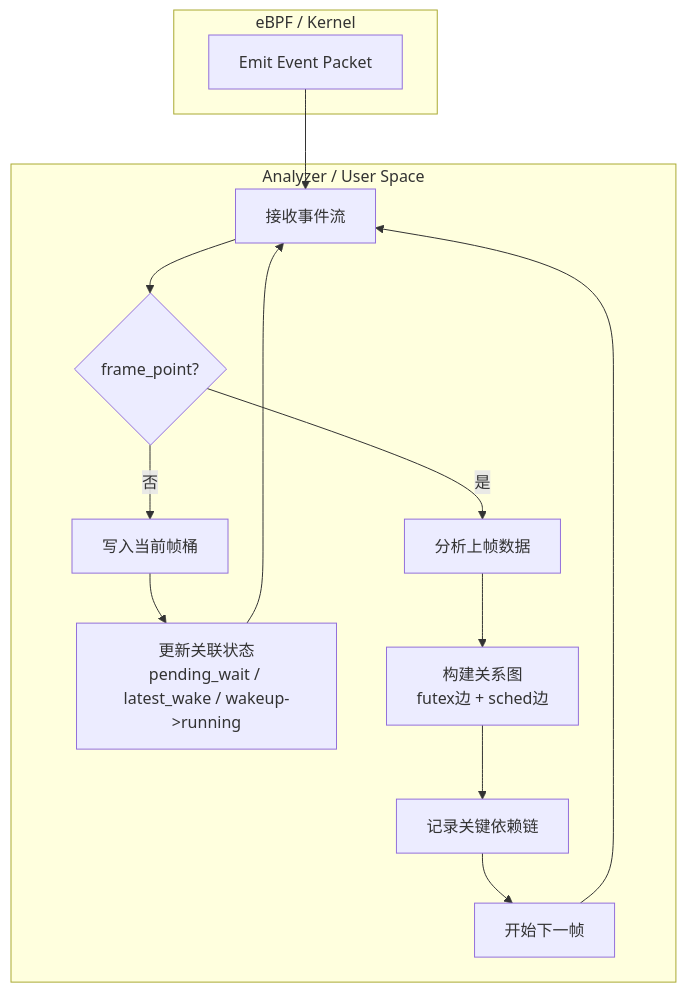
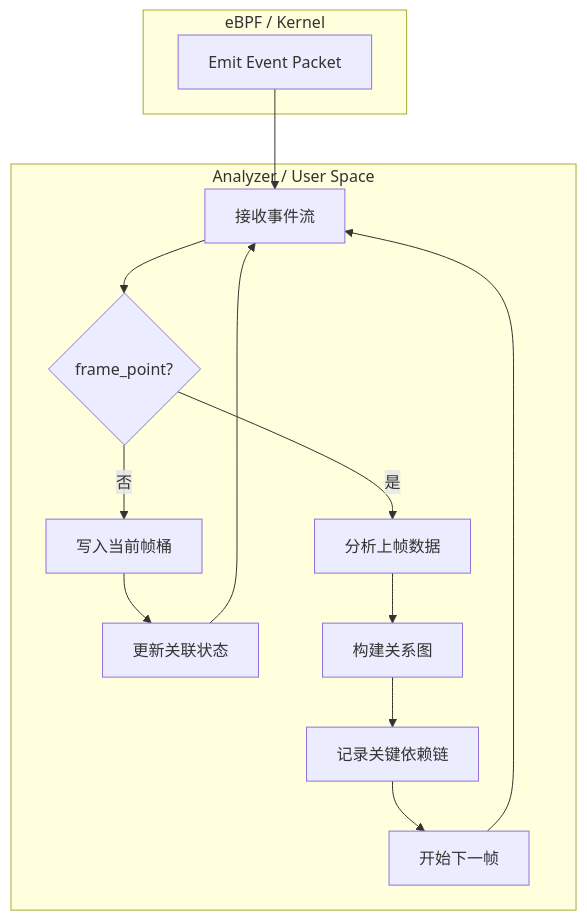
One commit to shadow3aaa/shadow3aaa.github.io changed the first of 2 diagrams in content/blog/critical-path-control-system/index.md. Above: the diagram before and after it, drawn with Mermaid. The commit also changed other lines of this file, not shown here.

````diff
--- a/content/blog/critical-path-control-system/index.md
+++ b/content/blog/critical-path-control-system/index.md
@@ -26,21 +26,21 @@
 ```mermaid
 flowchart TD
       subgraph Kernel[eBPF / Kernel]
           K1[Emit Event Packet]
       end
 
       subgraph UserSpace[Analyzer / User Space]
           K1 --> U1[接收事件流]
           U1 --> U2{frame_point?}
 
           U2 -- 否 --> U3[写入当前帧桶]
-          U3 --> U4[更新关联状态<br/>pending_wait / latest_wake / wakeup->running]
+          U3 --> U4[更新关联状态]
           U4 --> U1
 
           U2 -- 是 --> U5[分析上帧数据]
-          U5 --> U6[构建关系图<br/>futex边 + sched边]
+          U5 --> U6[构建关系图]
           U6 --> U7[记录关键依赖链]
           U7 --> U8[开始下一帧]
           U8 --> U1
       end
 ```
````
